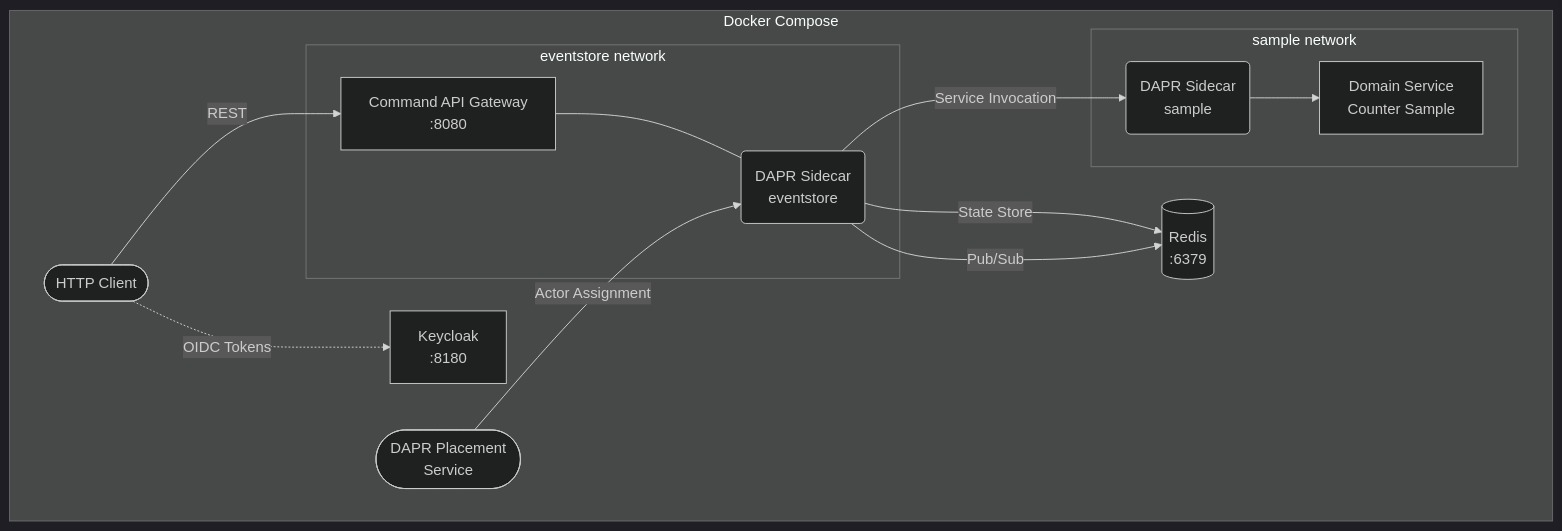
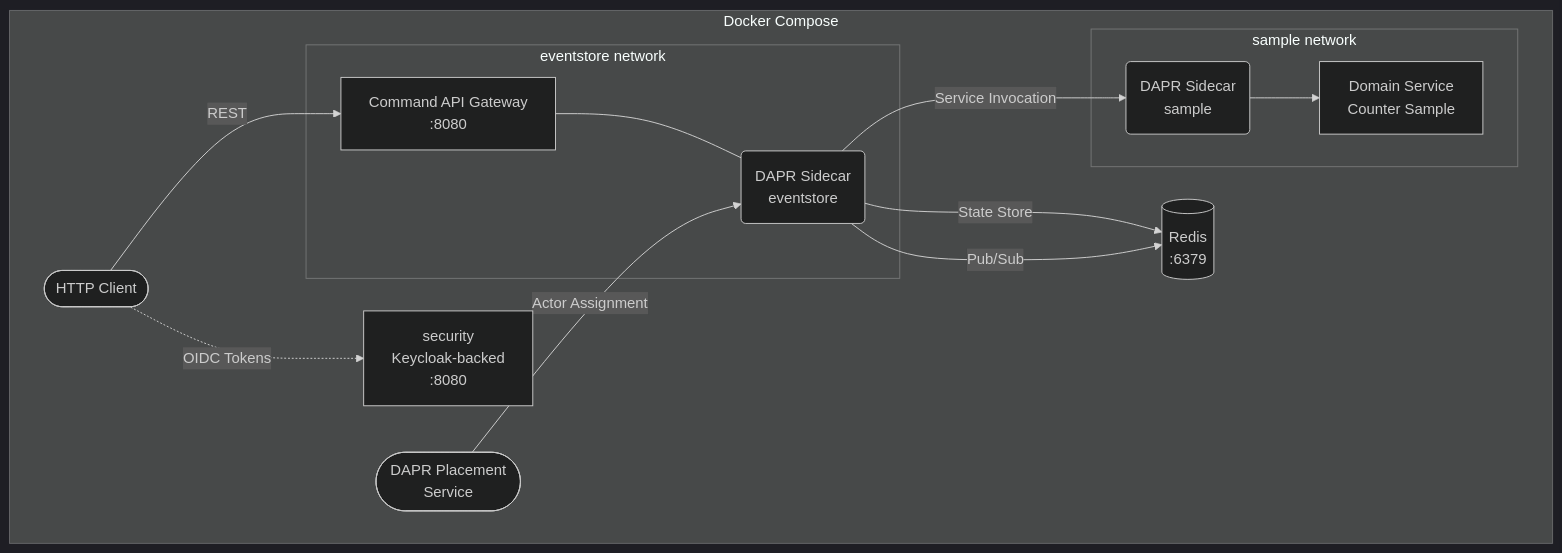
Before and after one commit to Hexalith/Hexalith.EventStore: the diagram in docs/guides/deployment-docker-compose.md, drawn with Mermaid (dark theme). The commit also changed other lines of this file and 2 other files, not shown here.

Commit message:
docs(aspire): reconcile security role identity and port guidance
The Compose guide renamed its service key to security but left its own
Mermaid topology node and OIDC edge as keycloak, and .claude/agents/aspire.md
still listed keycloak in the app-model topology table.

Troubleshooting also claimed the default non-persistent mode picks host ports
dynamically and that only persistent mode uses 8180/8543. KeycloakFastStartPorts
.ResolveDynamic prefers 8180/8543 and walks forward only on collision, and both
endpoints are proxyless in either mode. Restore the accurate behaviour, give the
Port Conflicts remedy a real antecedent, and stop steering operators into
persistent mode to resolve an 8080 conflict.

````diff
--- a/docs/guides/deployment-docker-compose.md
+++ b/docs/guides/deployment-docker-compose.md
@@ -13,29 +13,29 @@
 ```mermaid
 flowchart TB
     Client([HTTP Client])
 
     subgraph DockerCompose["Docker Compose"]
         subgraph EventStoreGroup["eventstore network"]
             EventStore[Command API Gateway<br/>:8080]
             CmdSidecar(DAPR Sidecar<br/>eventstore)
         end
 
         subgraph SampleGroup["sample network"]
             Sample[Domain Service<br/>Counter Sample]
             SampleSidecar(DAPR Sidecar<br/>sample)
         end
 
         Redis[(Redis<br/>:6379)]
-        Keycloak[Keycloak<br/>:8180]
+        Security[security<br/>Keycloak-backed<br/>:8080]
         Placement([DAPR Placement<br/>Service])
 
         Client -->|REST| EventStore
         EventStore --- CmdSidecar
         CmdSidecar -->|Service Invocation| SampleSidecar
         SampleSidecar --> Sample
         CmdSidecar -->|State Store| Redis
         CmdSidecar -->|Pub/Sub| Redis
         Placement -->|Actor Assignment| CmdSidecar
-        Client -.->|OIDC Tokens| Keycloak
+        Client -.->|OIDC Tokens| Security
     end
 ```
````
